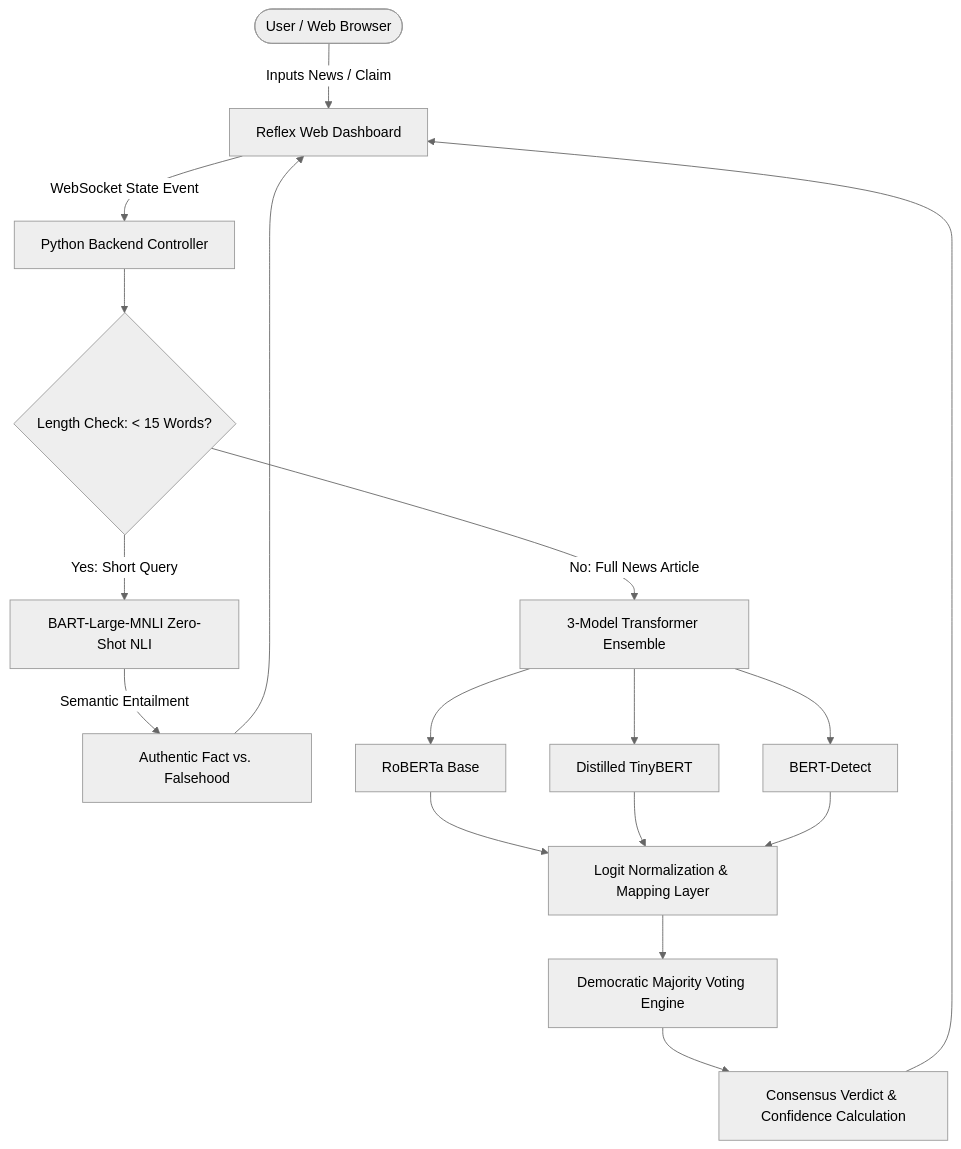
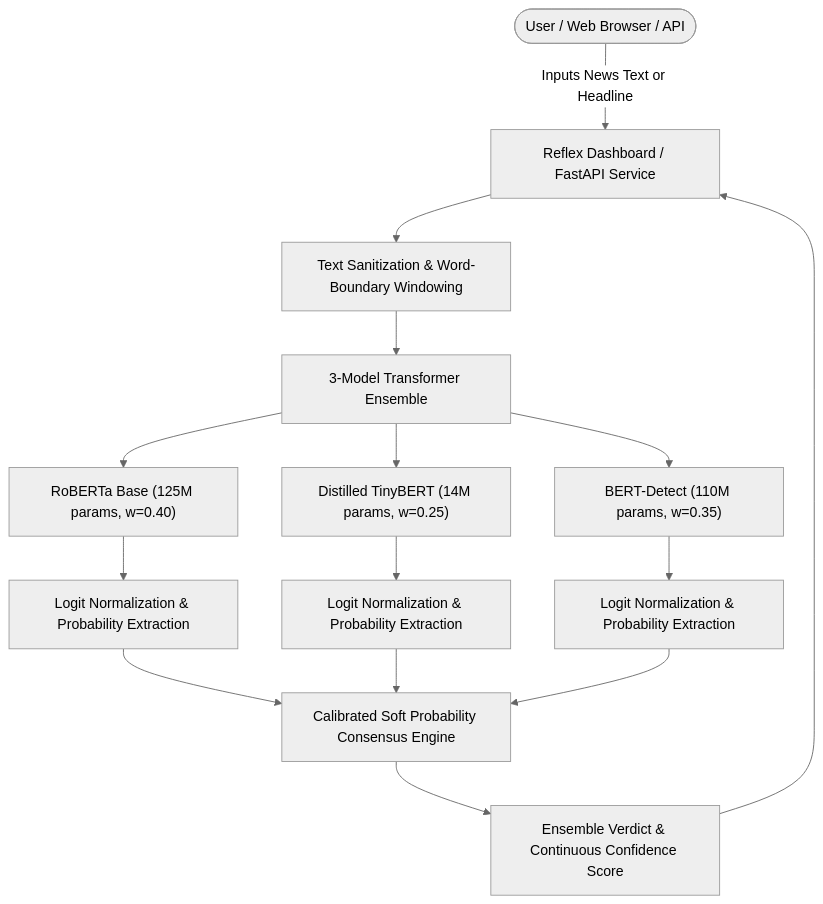
Before and after one commit to Systum404/News_Detection: the diagram in README.md, drawn with Mermaid (neutral theme). The commit also changed other lines of this file and 51 other files, not shown here.

First line of the commit message:
feat: complete multi-model news detection, real-time fact-checking, and executive UI overhaul

````diff
--- a/README.md
+++ b/README.md
@@ -36,25 +62,21 @@
 ```mermaid
 graph TD
-    User([User / Web Browser]) -->|Inputs News / Claim| UI[Reflex Web Dashboard]
-    UI -->|WebSocket State Event| Backend[Python Backend Controller]
+    User([User / Web Browser / API]) -->|Inputs News Text or Headline| UI[Reflex Dashboard / FastAPI Service]
+    UI --> Sanitizer[Text Sanitization & Word-Boundary Windowing]
     
-    Backend --> Router{Length Check: < 15 Words?}
+    Sanitizer --> Ensemble[3-Model Transformer Ensemble]
+    Ensemble --> M1["RoBERTa Base (125M params, w=0.40)"]
+    Ensemble --> M2["Distilled TinyBERT (14M params, w=0.25)"]
+    Ensemble --> M3["BERT-Detect (110M params, w=0.35)"]
     
-    Router -->|Yes: Short Query| FactCheck[BART-Large-MNLI Zero-Shot NLI]
-    FactCheck -->|Semantic Entailment| FactVerdict[Authentic Fact vs. Falsehood]
+    M1 --> Norm1[Logit Normalization & Probability Extraction]
+    M2 --> Norm2[Logit Normalization & Probability Extraction]
+    M3 --> Norm3[Logit Normalization & Probability Extraction]
     
-    Router -->|No: Full News Article| Ensemble[3-Model Transformer Ensemble]
-    Ensemble --> M1[RoBERTa Base]
-    Ensemble --> M2[Distilled TinyBERT]
-    Ensemble --> M3[BERT-Detect]
+    Norm1 --> Cons[Calibrated Soft Probability Consensus Engine]
+    Norm2 --> Cons
+    Norm3 --> Cons
     
-    M1 --> Norm[Logit Normalization & Mapping Layer]
-    M2 --> Norm
-    M3 --> Norm
-    
-    Norm --> Vote[Democratic Majority Voting Engine]
-    Vote --> FinalVerdict[Consensus Verdict & Confidence Calculation]
-    
-    FactVerdict --> UI
+    Cons --> FinalVerdict["Ensemble Verdict & Continuous Confidence Score"]
     FinalVerdict --> UI
 ```
````
